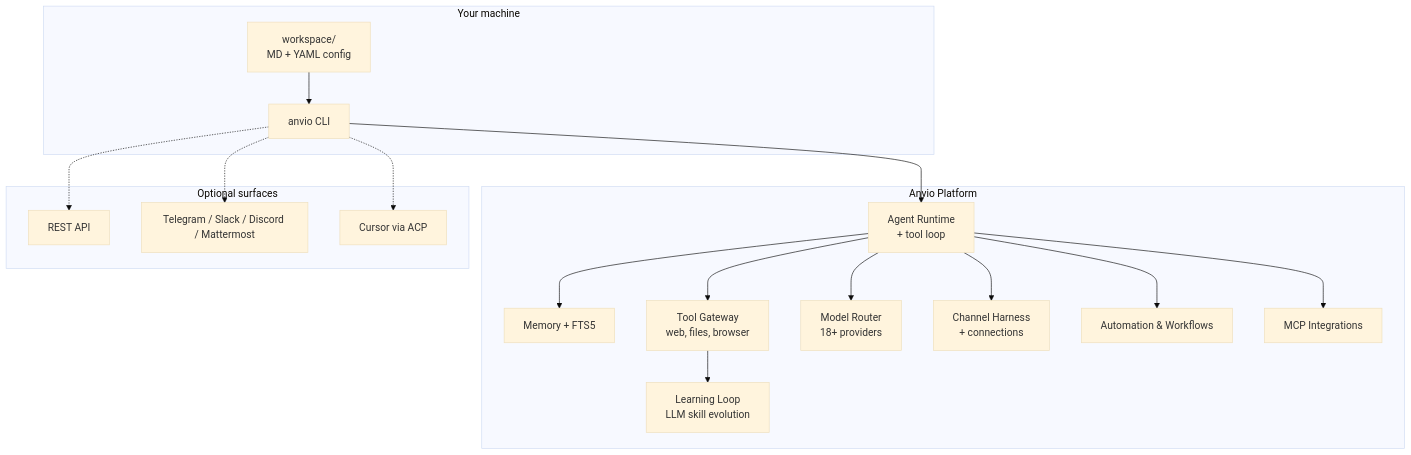
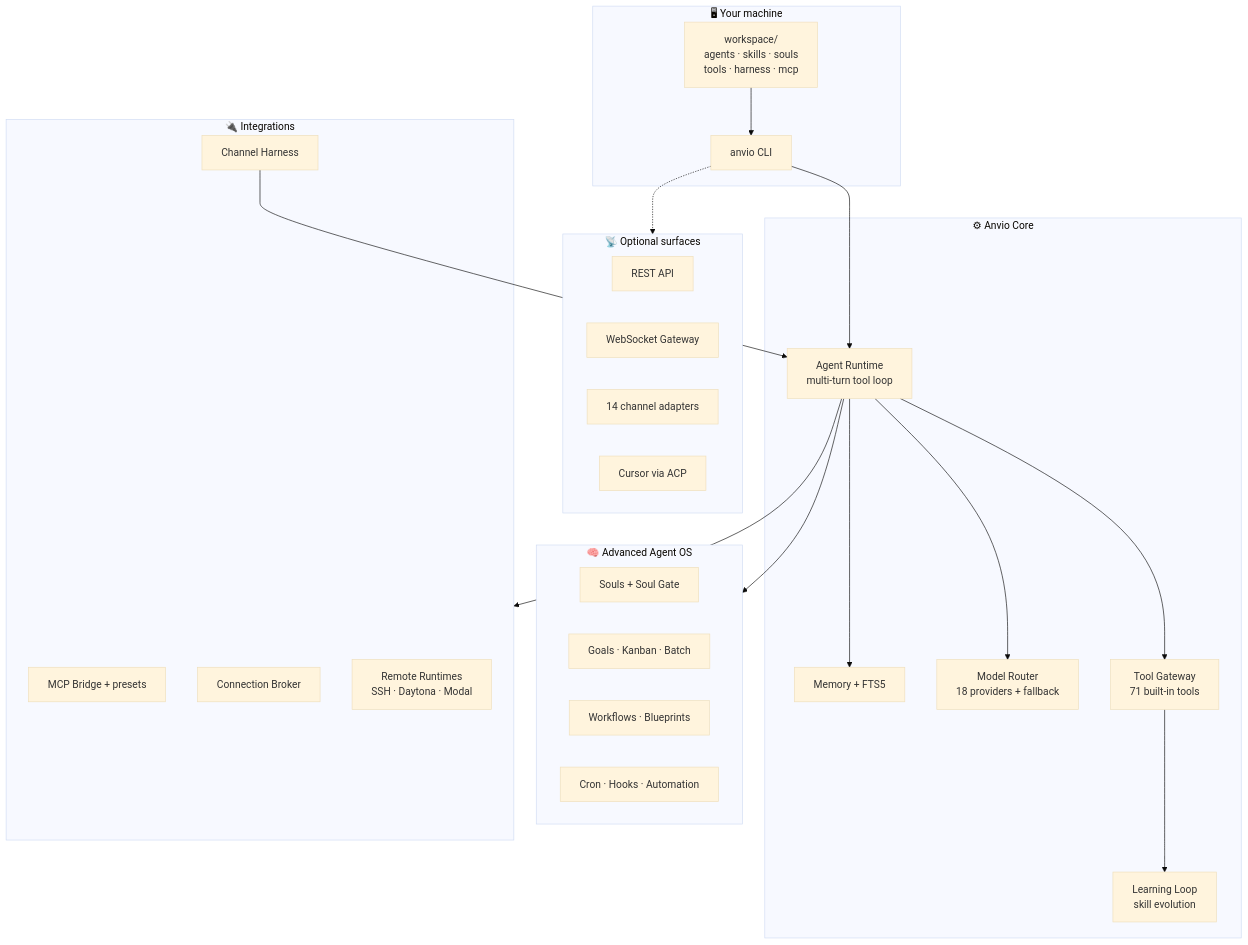
The first of 6 diagrams in README.md (viantonugroho11/Anvio), drawn with Mermaid (base theme) before and after one commit. The commit also changed other lines of this file, not shown here.

````diff
--- a/README.md
+++ b/README.md
@@ -42,31 +85,44 @@
 ```mermaid
 flowchart TB
-    subgraph You["Your machine"]
-        WS["workspace/<br/>MD + YAML config"]
+    subgraph You["🖥 Your machine"]
+        WS["workspace/<br/>agents · skills · souls<br/>tools · harness · mcp"]
         CLI["anvio CLI"]
     end
 
-    subgraph Anvio["Anvio Platform"]
-        RT["Agent Runtime<br/>+ tool loop"]
+    subgraph Core["⚙ Anvio Core"]
+        RT["Agent Runtime<br/>multi-turn tool loop"]
+        TG["Tool Gateway<br/>71 built-in tools"]
+        RTG["Model Router<br/>18 providers + fallback"]
         MEM["Memory + FTS5"]
-        LR["Learning Loop<br/>LLM skill evolution"]
-        TG["Tool Gateway<br/>web, files, browser"]
-        RTG["Model Router<br/>18+ providers"]
-        HAR["Channel Harness<br/>+ connections"]
-        AUTO["Automation & Workflows"]
-        MCP["MCP Integrations"]
+        LR["Learning Loop<br/>skill evolution"]
     end
 
-    subgraph Optional["Optional surfaces"]
+    subgraph AgentOS["🧠 Advanced Agent OS"]
+        SOUL["Souls + Soul Gate"]
+        GOAL["Goals · Kanban · Batch"]
+        WF["Workflows · Blueprints"]
+        AUTO["Cron · Hooks · Automation"]
+    end
+
+    subgraph Connect["🔌 Integrations"]
+        MCP["MCP Bridge + presets"]
+        HAR["Channel Harness"]
+        CONN["Connection Broker"]
+        RUN["Remote Runtimes<br/>SSH · Daytona · Modal"]
+    end
+
+    subgraph Surfaces["📡 Optional surfaces"]
         API["REST API"]
-        BOT["Telegram / Slack / Discord / Mattermost"]
+        GW["WebSocket Gateway"]
+        BOT["14 channel adapters"]
         ACP["Cursor via ACP"]
     end
 
     WS --> CLI
     CLI --> RT
-    RT --> MEM & RTG & TG
+    RT --> TG & RTG & MEM
     TG --> LR
-    RT --> AUTO & MCP & HAR
-    CLI -.-> API & BOT & ACP
+    RT --> AgentOS & Connect
+    CLI -.-> Surfaces
+    HAR --> RT
 ```
````
